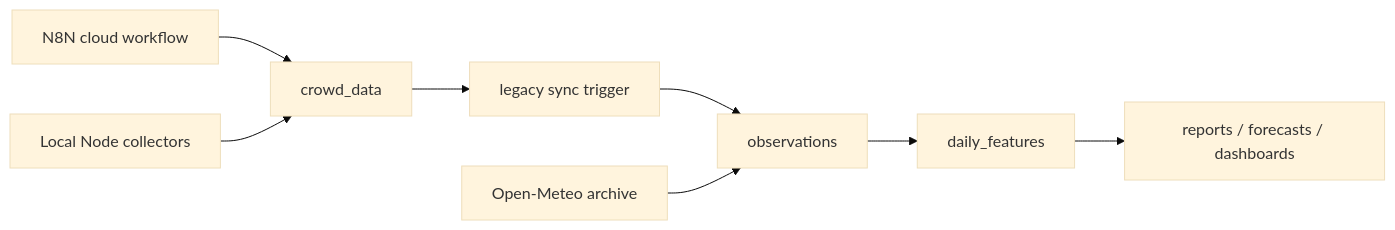
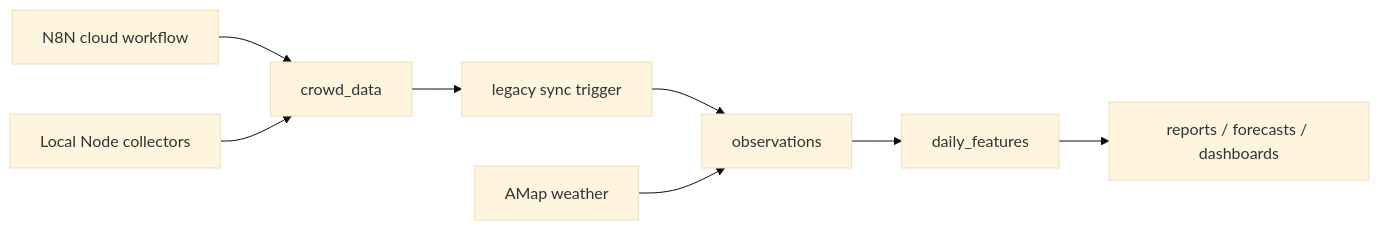
One commit to ohengcom/tianzifang changed the diagram in docs/V2_UPGRADE.md. Above: the diagram before and after it, drawn with Mermaid (base theme). The commit also changed other lines of this file and 10 other files, not shown here.

Commit message:
Replace weather source with AMap

````diff
--- a/docs/V2_UPGRADE.md
+++ b/docs/V2_UPGRADE.md
@@ -26,10 +26,10 @@
 ```mermaid
 flowchart LR
   N8N["N8N cloud workflow"] --> Legacy["crowd_data"]
   Local["Local Node collectors"] --> Legacy
   Legacy --> Trigger["legacy sync trigger"]
   Trigger --> Obs["observations"]
-  Weather["Open-Meteo archive"] --> Obs
+  Weather["AMap weather"] --> Obs
   Obs --> Features["daily_features"]
   Features --> Reports["reports / forecasts / dashboards"]
 ```
````
